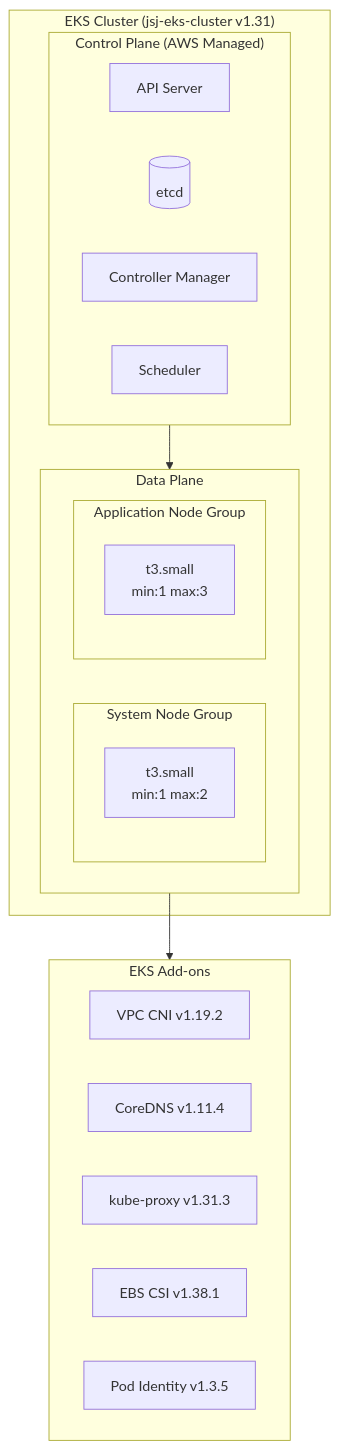
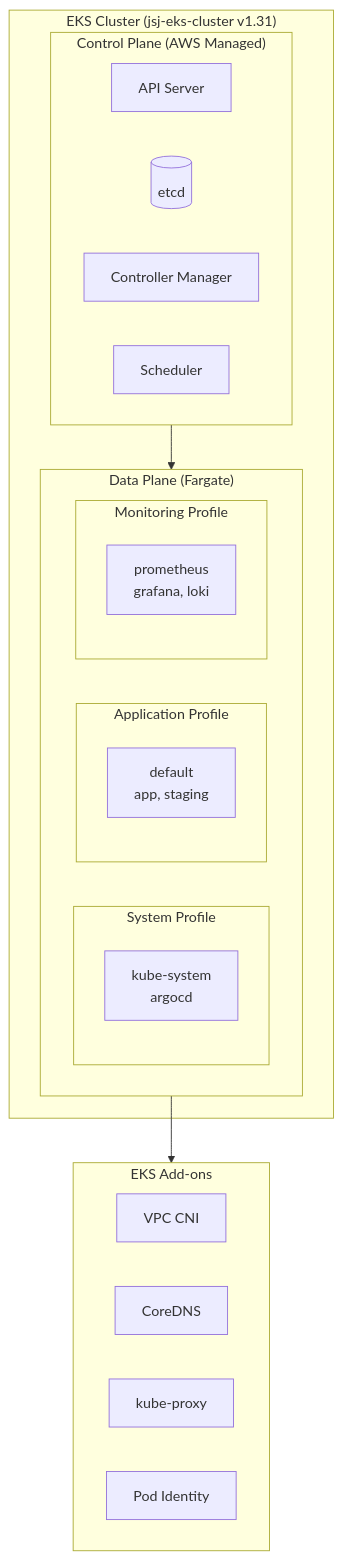
Before and after one commit to JSJ2337/AWS_EKS_terraform_code: the fifth of 9 diagrams in docs/architecture.md, drawn with Mermaid. The commit also changed other lines of this file and 2 other files, not shown here.

First line of the commit message:
docs: 문서 업데이트 - EC2 Node Group → Fargate 변경 반영

````diff
--- a/docs/architecture.md
+++ b/docs/architecture.md
@@ -219,32 +219,35 @@
 ```mermaid
 flowchart TB
     subgraph EKSCluster["EKS Cluster (jsj-eks-cluster v1.31)"]
         subgraph ControlPlane["Control Plane (AWS Managed)"]
             API[API Server]
             ETCD[(etcd)]
             CM[Controller Manager]
             SCH[Scheduler]
         end
 
-        subgraph DataPlane["Data Plane"]
-            subgraph SystemNG["System Node Group"]
-                SYS1[t3.small<br/>min:1 max:2]
+        subgraph DataPlane["Data Plane (Fargate)"]
+            subgraph SystemFG["System Profile"]
+                SYS1[kube-system<br/>argocd]
             end
 
-            subgraph AppNG["Application Node Group"]
-                APP1[t3.small<br/>min:1 max:3]
+            subgraph AppFG["Application Profile"]
+                APP1[default<br/>app, staging]
+            end
+
+            subgraph MonFG["Monitoring Profile"]
+                MON1[prometheus<br/>grafana, loki]
             end
         end
     end
 
     subgraph Addons["EKS Add-ons"]
-        CNI[VPC CNI v1.19.2]
-        DNS[CoreDNS v1.11.4]
-        PROXY[kube-proxy v1.31.3]
-        EBS[EBS CSI v1.38.1]
-        POD_ID[Pod Identity v1.3.5]
+        CNI[VPC CNI]
+        DNS[CoreDNS]
+        PROXY[kube-proxy]
+        POD_ID[Pod Identity]
     end
 
     ControlPlane --> DataPlane
     DataPlane --> Addons
 ```
````
